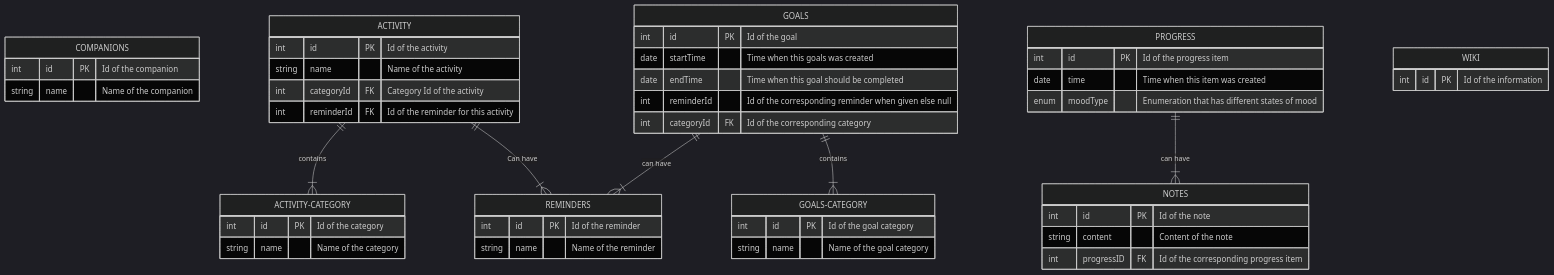
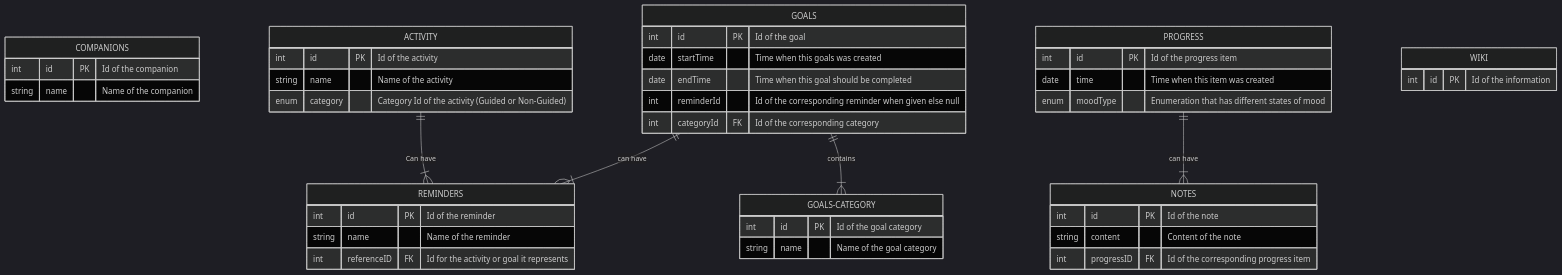
Before and after one commit to Relievely/relievely_docs: the diagram in docs/erd.md, drawn with Mermaid (dark theme).

Commit message:
Changed ACTIVITY table

````diff
--- a/docs/erd.md
+++ b/docs/erd.md
@@ -1,57 +1,50 @@
 ```mermaid
 erDiagram
     COMPANIONS {
         int id PK "Id of the companion"
         string name "Name of the companion"
     }
     
     ACTIVITY {
         int id PK "Id of the activity"
         string name "Name of the activity"
-        int categoryId FK "Category Id of the activity"
-        int reminderId FK "Id of the reminder for this activity"
+        enum category "Category Id of the activity (Guided or Non-Guided)"
     }
-    ACTIVITY || -- |{ ACTIVITY-CATEGORY : contains
     ACTIVITY || -- |{ REMINDERS : "Can have"
-
-
-    ACTIVITY-CATEGORY {
-        int id PK "Id of the category"
-        string name "Name of the category"
-    }
 
     GOALS {
         int id PK "Id of the goal"
         date startTime "Time when this goals was created"
         date endTime "Time when this goal should be completed"
         int reminderId "Id of the corresponding reminder when given else null"
         int categoryId FK "Id of the corresponding category"
     }
     GOALS || -- |{ GOALS-CATEGORY : contains
     GOALS-CATEGORY {
         int id PK "Id of the goal category"
         string name "Name of the goal category"
     }
     GOALS || -- |{ REMINDERS : "can have"
 
     REMINDERS {
         int id PK "Id of the reminder"
         string name "Name of the reminder"
+        int referenceID FK "Id for the activity or goal it represents"
     }
 
     PROGRESS {
         int id PK "Id of the progress item"
         date time "Time when this item was created"
         enum moodType "Enumeration that has different states of mood"
     }
     NOTES {
         int id PK "Id of the note"
         string content "Content of the note"
         int progressID FK "Id of the corresponding progress item"
     }
     PROGRESS || -- |{ NOTES : "can have"
 
     WIKI {
         int id PK "Id of the information"
     }
 ```
````
